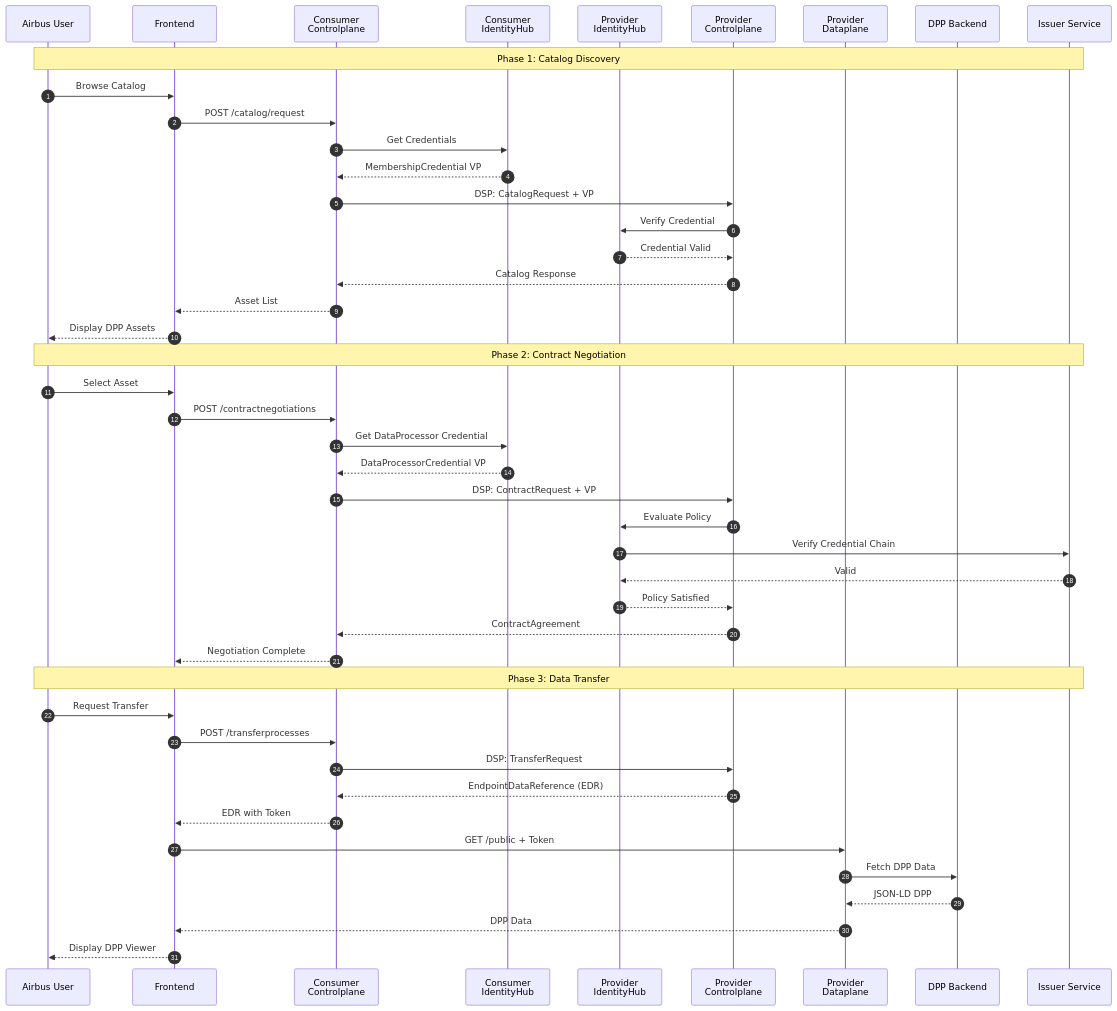
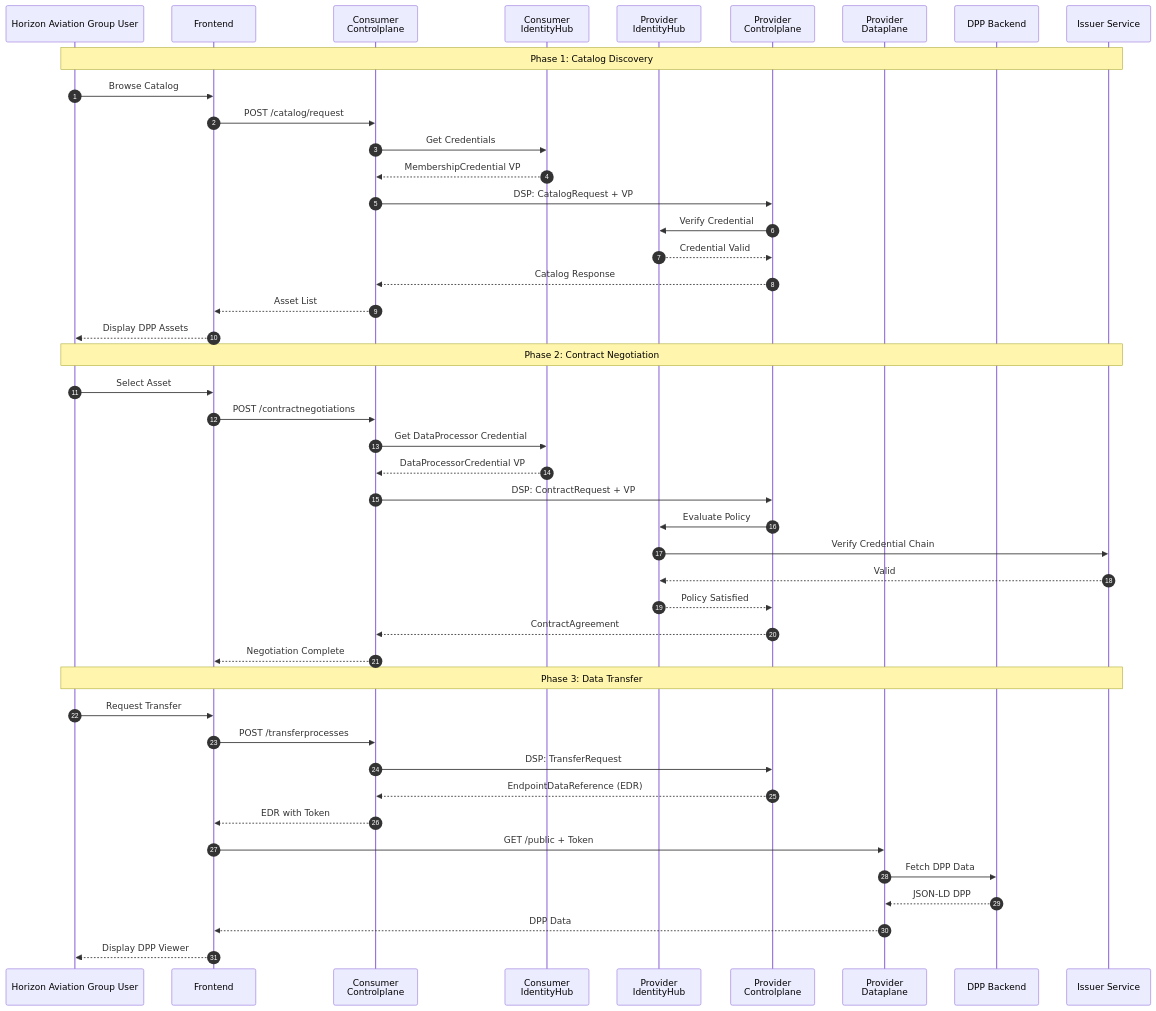
Before and after one commit to ma3u/MinimumViableDataspace: the third of 8 diagrams in README.md, drawn with Mermaid. The commit also changed other lines of this file and 13 other files, not shown here.

````diff
--- a/README.md
+++ b/README.md
@@ -148,50 +165,50 @@
 ```mermaid
 sequenceDiagram
     autonumber
-    participant User as Airbus User
+    participant User as Horizon Aviation Group User
     participant FE as Frontend
     participant CC as Consumer<br/>Controlplane
     participant CIH as Consumer<br/>IdentityHub
     participant PIH as Provider<br/>IdentityHub
     participant PC as Provider<br/>Controlplane
     participant PD as Provider<br/>Dataplane
     participant BE as DPP Backend
     participant ISS as Issuer Service
 
     Note over User,ISS: Phase 1: Catalog Discovery
     User->>FE: Browse Catalog
     FE->>CC: POST /catalog/request
     CC->>CIH: Get Credentials
     CIH-->>CC: MembershipCredential VP
     CC->>PC: DSP: CatalogRequest + VP
     PC->>PIH: Verify Credential
     PIH-->>PC: Credential Valid
     PC-->>CC: Catalog Response
     CC-->>FE: Asset List
     FE-->>User: Display DPP Assets
 
     Note over User,ISS: Phase 2: Contract Negotiation
     User->>FE: Select Asset
     FE->>CC: POST /contractnegotiations
     CC->>CIH: Get DataProcessor Credential
     CIH-->>CC: DataProcessorCredential VP
     CC->>PC: DSP: ContractRequest + VP
     PC->>PIH: Evaluate Policy
     PIH->>ISS: Verify Credential Chain
     ISS-->>PIH: Valid
     PIH-->>PC: Policy Satisfied
     PC-->>CC: ContractAgreement
     CC-->>FE: Negotiation Complete
 
     Note over User,ISS: Phase 3: Data Transfer
     User->>FE: Request Transfer
     FE->>CC: POST /transferprocesses
     CC->>PC: DSP: TransferRequest
     PC-->>CC: EndpointDataReference (EDR)
     CC-->>FE: EDR with Token
     FE->>PD: GET /public + Token
     PD->>BE: Fetch DPP Data
     BE-->>PD: JSON-LD DPP
     PD-->>FE: DPP Data
     FE-->>User: Display DPP Viewer
 ```
````
